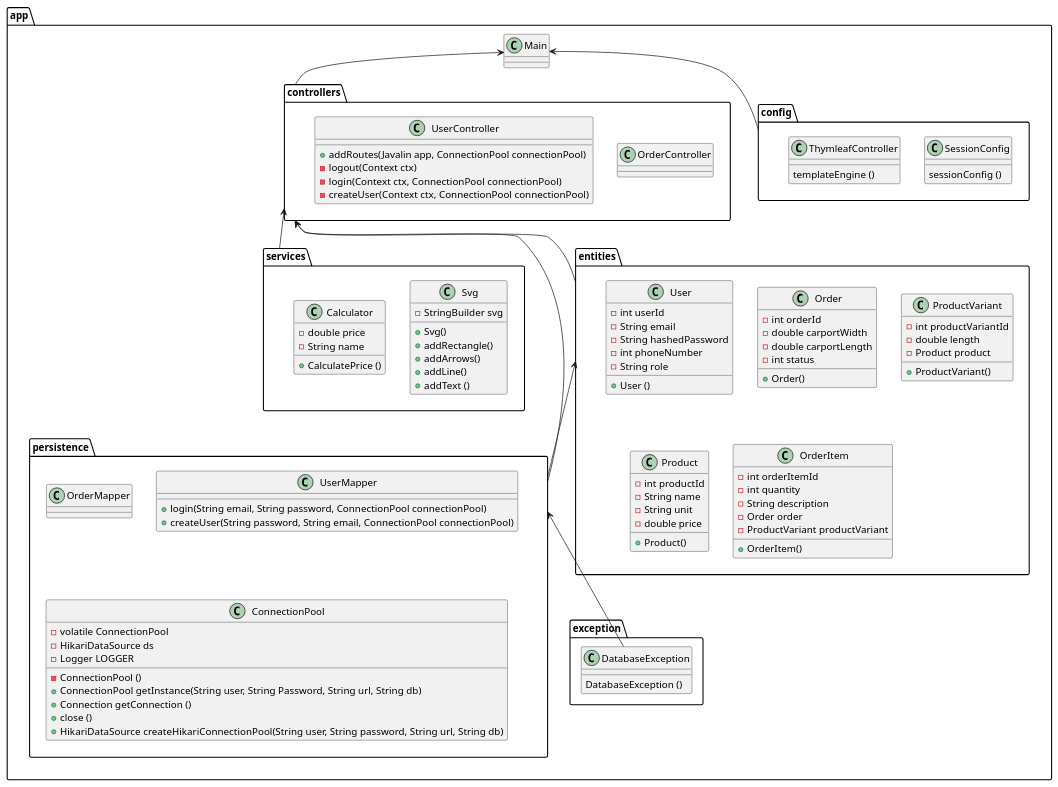
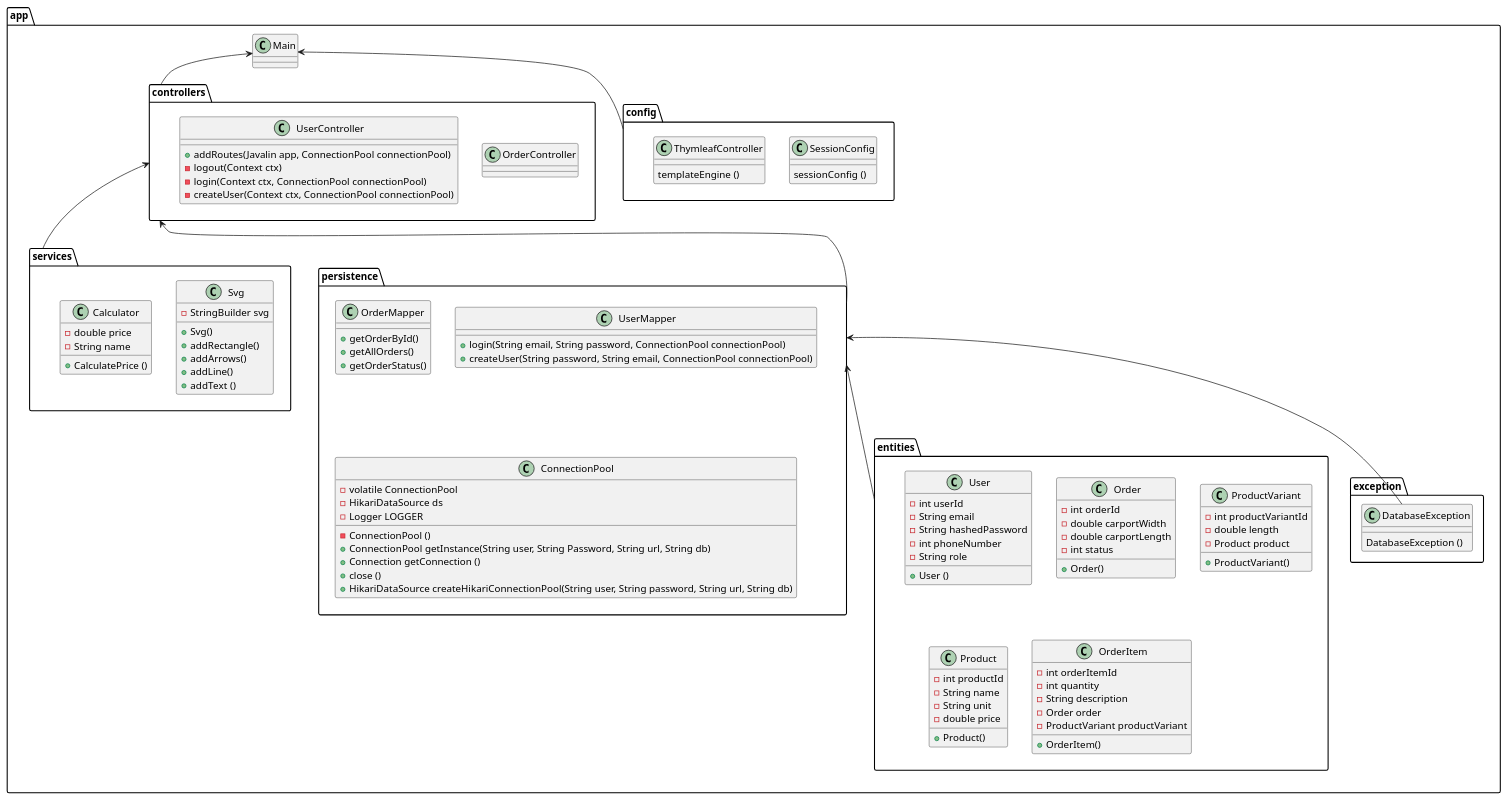
The diagram in docs/CarportClassDiagram.puml (Mikkel-ao/Carport), drawn with PlantUML before and after one commit.

Commit message:
made class diagram

```diff
--- a/docs/CarportClassDiagram.puml
+++ b/docs/CarportClassDiagram.puml
@@ -1,121 +1,126 @@
 @startuml
 'https://plantuml.com/class-diagram
 'Klasse diagram'
 package app {
 class Main {}
 
 package controllers {
-class OrderController {}
+class OrderController {
+
+}
 class UserController{
 + addRoutes(Javalin app, ConnectionPool connectionPool)
 - logout(Context ctx)
 - login(Context ctx, ConnectionPool connectionPool)
 - createUser(Context ctx, ConnectionPool connectionPool)
     }
 }
 
 package services{
 class Svg{
 - StringBuilder svg
 + Svg()
 + addRectangle()
 + addArrows()
 + addLine()
 + addText ()
     }
 
 class Calculator {
 - double price
 - String name
 + CalculatePrice ()
     }
 }
 
 package persistence{
 class OrderMapper {
++ getOrderById()
++ getAllOrders()
++ getOrderStatus()
+
     }
 class UserMapper {
 + login(String email, String password, ConnectionPool connectionPool)
 + createUser(String password, String email, ConnectionPool connectionPool)
 
 }
 
 class ConnectionPool {
 - volatile ConnectionPool
 - HikariDataSource ds
 - Logger LOGGER
 - ConnectionPool ()
 + ConnectionPool getInstance(String user, String Password, String url, String db)
 + Connection getConnection ()
 + close ()
 + HikariDataSource createHikariConnectionPool(String user, String password, String url, String db)
     }
 }
 
 package entities {
 class User {
 - int userId
 - String email
 - String hashedPassword
 - int phoneNumber
 - String role
 + User ()
     }
 class Order {
 - int orderId
 - double carportWidth
 - double carportLength
 - int status
 + Order()
     }
 class ProductVariant {
 - int productVariantId
 - double length
 - Product product
 + ProductVariant()
     }
 class Product {
 - int productId
 - String name
 - String unit
 - double price
 + Product()
     }
 class OrderItem {
 - int orderItemId
 - int quantity
 - String description
 - Order order
 - ProductVariant productVariant
 + OrderItem()
     }
 }
 
 
 package config {
 class SessionConfig {
 sessionConfig ()
     }
 class ThymleafController {
 templateEngine ()
     }
 }
 
 package exception{
 class DatabaseException {
 DatabaseException ()
     }
 }
 }
 
 'Pile'
 
 persistence <-- DatabaseException
 Main <-- config
 Main <-- controllers
 controllers <-- persistence
-entities <-- persistence
-controllers <-- entities
+persistence <-- entities
 controllers <-- services
 
 @enduml
```
